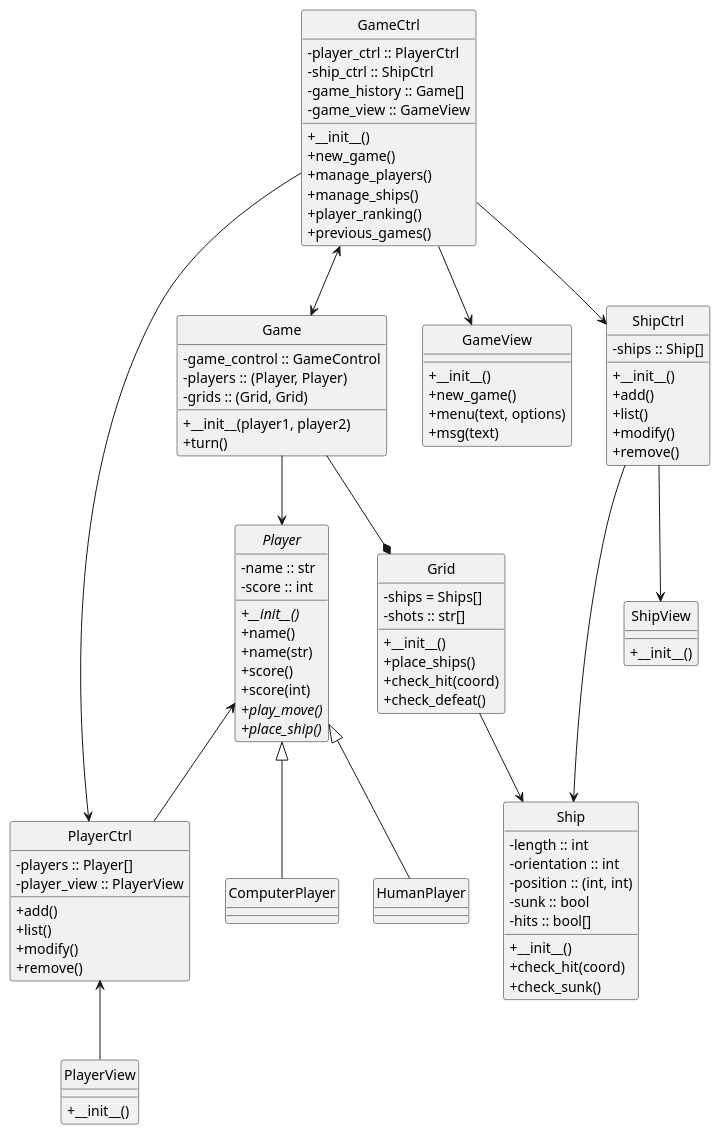
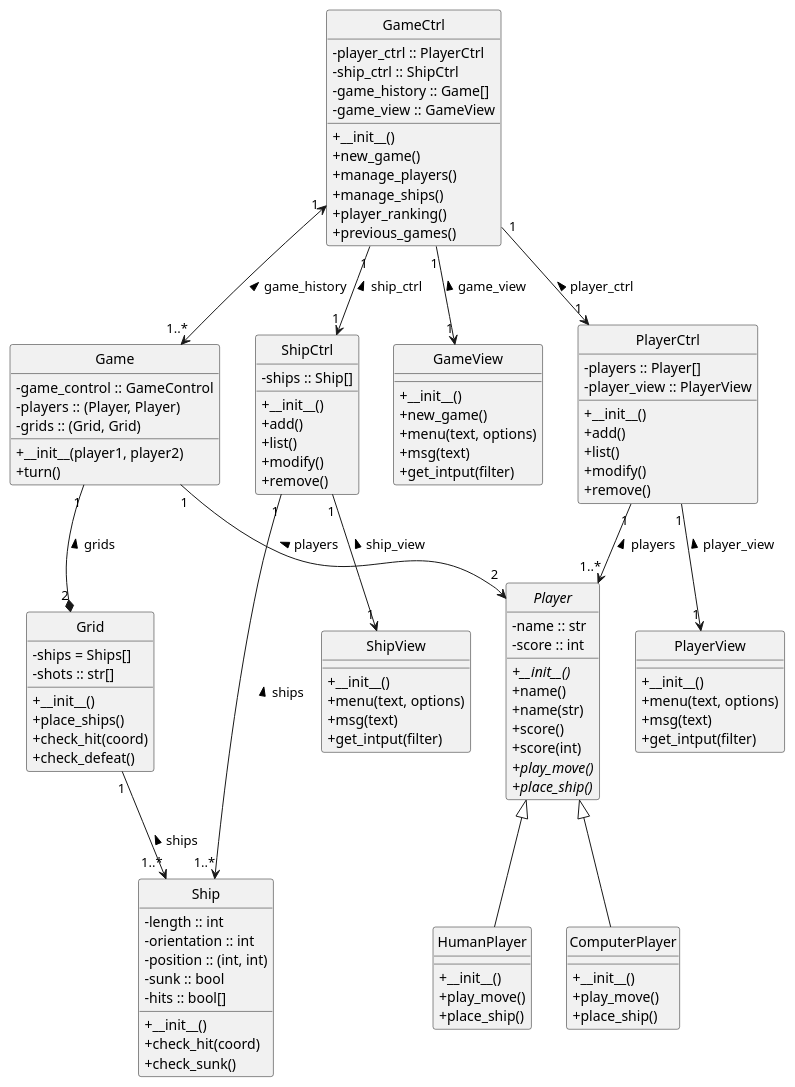
One commit to leoniro/battleship changed the diagram in uml_diagram.puml. Above: the diagram before and after it, drawn with PlantUML.

Commit message:
arrows labeled

```diff
--- a/uml_diagram.puml
+++ b/uml_diagram.puml
@@ -1,115 +1,133 @@
 @startuml battleship_class_diagram
 
 skinparam classAttributeIconSize 0
 'left to right direction
 hide circle
 
 class Game {
     - game_control :: GameControl
     - players :: (Player, Player) {field}
     - grids :: (Grid, Grid) {field}
     + __init__(player1, player2)
     + turn()
 }
 
 class GameCtrl {
     - player_ctrl :: PlayerCtrl
     - ship_ctrl :: ShipCtrl
     - game_history :: Game[]
     - game_view :: GameView
     + __init__()
     + new_game()
     + manage_players()
     + manage_ships()
     + player_ranking()
     + previous_games()
 }
 
 class GameView {
     + __init__()
     + new_game()
     + menu(text, options)
     + msg(text)
+    + get_intput(filter)
 }
 
 class Grid {
     - ships = Ships[]
     - shots :: str[]
     + __init__()
     + place_ships()
     + check_hit(coord)
     + check_defeat()
 }
 
 class Ship {
     - length :: int
     - orientation :: int
     - position :: (int, int) {field}
     - sunk :: bool
     - hits :: bool[]
     + __init__()
     + check_hit(coord)
     + check_sunk()
 }
 
 class ShipCtrl{
     - ships :: Ship[]
     + __init__()
     + add()
     + list()
     + modify()
     + remove()
 }
 
 class ShipView {
     + __init__()
+    + menu(text, options)
+    + msg(text)
+    + get_intput(filter)
+    
 }
 
 class PlayerCtrl {
     - players :: Player[]
     - player_view :: PlayerView
+    + __init__()
     + add()
     + list()
     + modify()
     + remove()
 }
 
 abstract class Player {
     - name :: str
     - score :: int
     + __init__() {abstract}
     + name()
     + name(str)
     + score()
     + score(int)
     + play_move() {abstract}
     + place_ship() {abstract}
 }
 
 class PlayerView {
     + __init__()
+    + menu(text, options)
+    + msg(text)
+    + get_intput(filter)
 }
 
-class HumanPlayer {}
-class ComputerPlayer {}
+class HumanPlayer {
+    + __init__()
+    + play_move()
+    + place_ship()
+}
+class ComputerPlayer {
+    + __init__()
+    + play_move()
+    + place_ship()
+}
 
-GameCtrl --> PlayerCtrl
-Player <-- PlayerCtrl
-PlayerCtrl <-- PlayerView
 
-GameCtrl  --> ShipCtrl
+GameCtrl "1" <--> "1..*" Game : game_history <
+GameCtrl "1" --> "1" GameView : game_view <
+GameCtrl "1" --> "1" PlayerCtrl : player_ctrl <
+GameCtrl "1" --> "1" ShipCtrl : ship_ctrl <
 
-Game --> Player
+PlayerCtrl "1" --> "1..*" Player : players <
+PlayerCtrl "1" --> "1" PlayerView : player_view <
+
+Game "1" --> "2" Player : players <
 
 Player <|-- HumanPlayer
 Player <|-- ComputerPlayer
 
-GameCtrl <--> Game
-GameCtrl --> GameView
-Game --* Grid
+Game "1" --* "2" Grid : grids <
 
-ShipCtrl --> Ship
-ShipCtrl --> ShipView
-Grid --> Ship
+ShipCtrl "1" --> "1..*" Ship : ships <
+ShipCtrl "1" --> "1" ShipView : ship_view <
+Grid "1" --> "1..*" Ship : ships <
 
 @enduml
```
